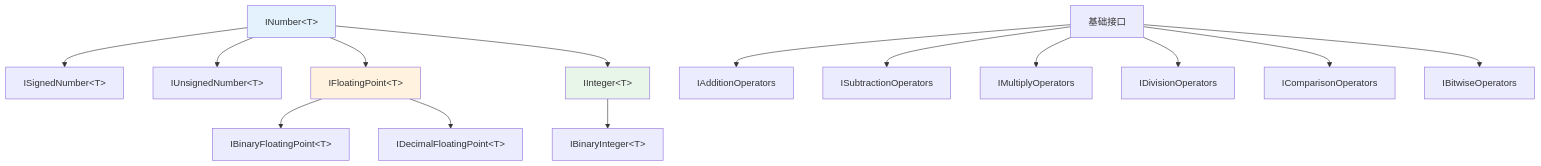
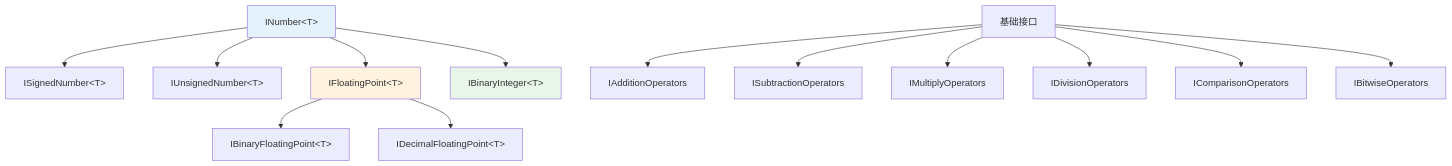
One commit to moklgydocs/moklgydocs.github.io changed diagram 12 of 15 in src/后端开发/CSharp/CLR深度/04_接口与泛型原理/03_泛型约束与协变逆变.md. Above: the diagram before and after it, drawn with Mermaid. The commit also changed other lines of this file and 32 other files, not shown here.

````diff
--- a/src/后端开发/CSharp/CLR深度/04_接口与泛型原理/03_泛型约束与协变逆变.md
+++ b/src/后端开发/CSharp/CLR深度/04_接口与泛型原理/03_泛型约束与协变逆变.md
@@ -1350,23 +1348,22 @@
 ```mermaid
 graph TD
     A["INumber&lt;T&gt;"] --> B["ISignedNumber&lt;T&gt;"]
     A --> C["IUnsignedNumber&lt;T&gt;"]
     A --> D["IFloatingPoint&lt;T&gt;"]
 
     D --> D1["IBinaryFloatingPoint&lt;T&gt;"]
     D --> D2["IDecimalFloatingPoint&lt;T&gt;"]
 
-    A --> E["IInteger&lt;T&gt;"]
-    E --> E1["IBinaryInteger&lt;T&gt;"]
+    A --> E["IBinaryInteger&lt;T&gt;"]
 
     F["基础接口"] --> F1["IAdditionOperators"]
     F --> F2["ISubtractionOperators"]
     F --> F3["IMultiplyOperators"]
     F --> F4["IDivisionOperators"]
     F --> F5["IComparisonOperators"]
     F --> F6["IBitwiseOperators"]
 
     style A fill:#E3F2FD
     style D fill:#FFF3E0
     style E fill:#E8F5E9
 ```
````
